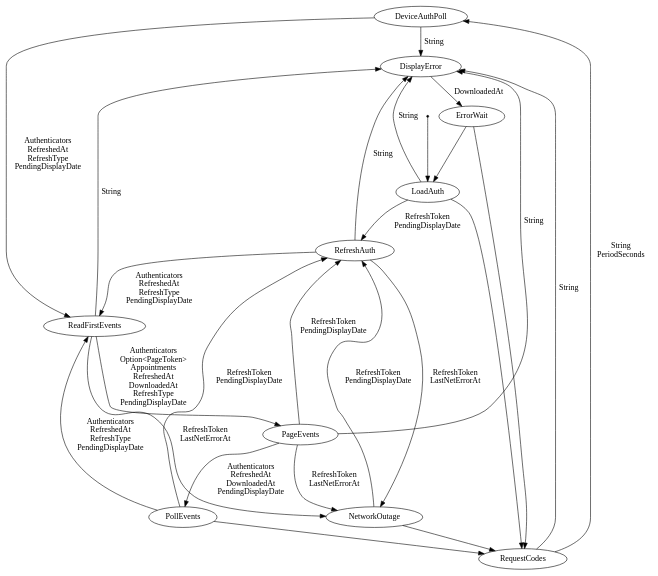
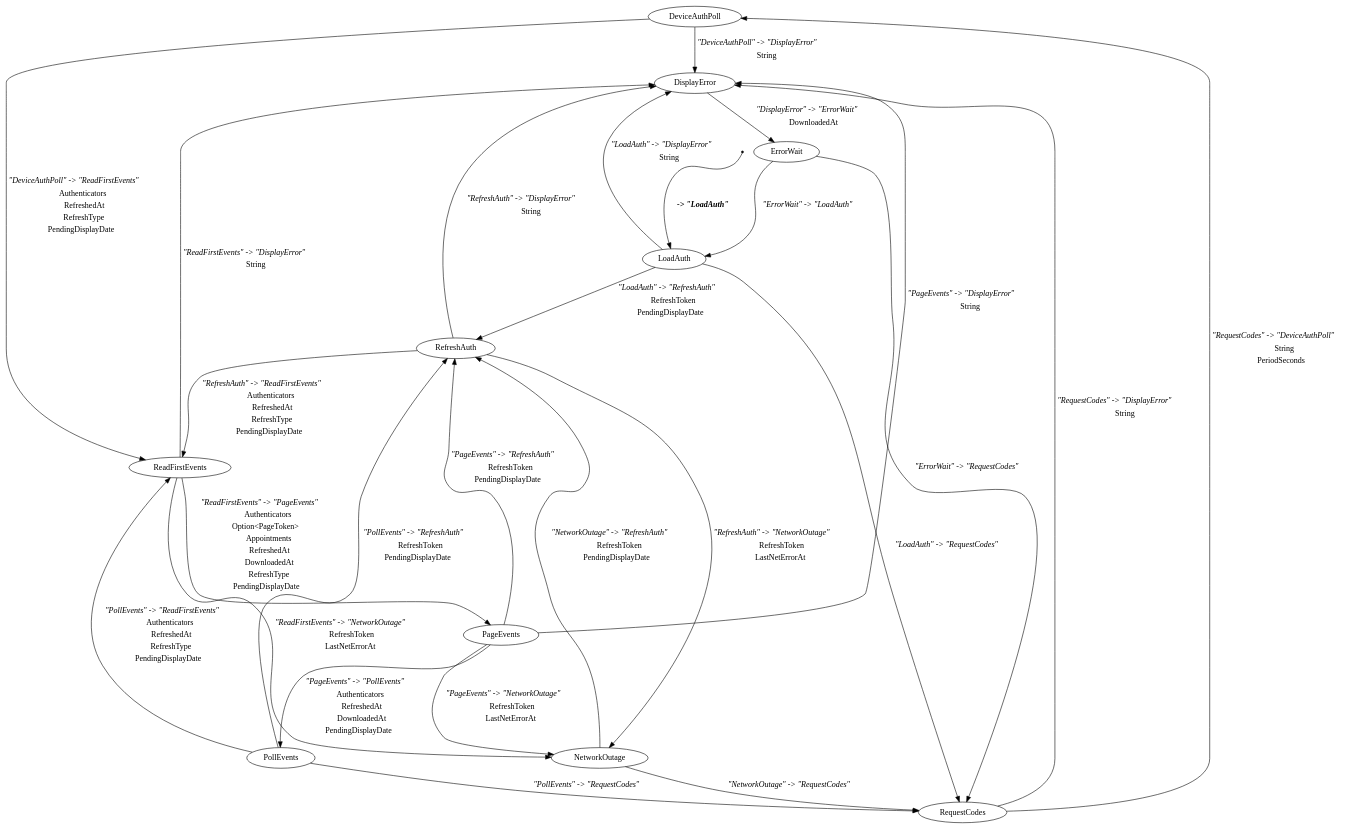
Before and after one commit to kieranjwhite/calendar_mirror: the diagram in docs/cal_machine.dot, drawn with Graphviz. The commit also changed 8 other files, not shown here.

```diff
--- a/docs/cal_machine.dot
+++ b/docs/cal_machine.dot
@@ -1,39 +1,39 @@
 digraph cal_stm {
     DeviceAuthPoll[label="DeviceAuthPoll"][shape="ellipse"];
     DisplayError[label="DisplayError"][shape="ellipse"];
     ErrorWait[label="ErrorWait"][shape="ellipse"];
     LoadAuth[label="LoadAuth"][shape="ellipse"];
     NetworkOutage[label="NetworkOutage"][shape="ellipse"];
     PageEvents[label="PageEvents"][shape="ellipse"];
     PollEvents[label="PollEvents"][shape="ellipse"];
     ReadFirstEvents[label="ReadFirstEvents"][shape="ellipse"];
     RefreshAuth[label="RefreshAuth"][shape="ellipse"];
     RequestCodes[label="RequestCodes"][shape="ellipse"];
     _start[label="_start"][shape="point"];
-    _start -> LoadAuth[label=""];
-    ErrorWait -> LoadAuth[label=""];
-    DisplayError -> ErrorWait[label="DownloadedAt\n"];
-    ErrorWait -> RequestCodes[label=""];
-    LoadAuth -> RequestCodes[label=""];
-    NetworkOutage -> RequestCodes[label=""];
-    PollEvents -> RequestCodes[label=""];
-    LoadAuth -> RefreshAuth[label="RefreshToken\nPendingDisplayDate\n"];
-    NetworkOutage -> RefreshAuth[label="RefreshToken\nPendingDisplayDate\n"];
-    PageEvents -> RefreshAuth[label="RefreshToken\nPendingDisplayDate\n"];
-    PollEvents -> RefreshAuth[label="RefreshToken\nPendingDisplayDate\n"];
-    DeviceAuthPoll -> ReadFirstEvents[label="Authenticators\nRefreshedAt\nRefreshType\nPendingDisplayDate\n"];
-    RefreshAuth -> ReadFirstEvents[label="Authenticators\nRefreshedAt\nRefreshType\nPendingDisplayDate\n"];
-    PollEvents -> ReadFirstEvents[label="Authenticators\nRefreshedAt\nRefreshType\nPendingDisplayDate\n"];
-    RequestCodes -> DeviceAuthPoll[label="String\nPeriodSeconds\n"];
-    LoadAuth -> DisplayError[label="String\n"];
-    PageEvents -> DisplayError[label="String\n"];
-    DeviceAuthPoll -> DisplayError[label="String\n"];
-    ReadFirstEvents -> DisplayError[label="String\n"];
-    RefreshAuth -> DisplayError[label="String\n"];
-    RequestCodes -> DisplayError[label="String\n"];
-    ReadFirstEvents -> PageEvents[label="Authenticators\nOption<PageToken>\nAppointments\nRefreshedAt\nDownloadedAt\nRefreshType\nPendingDisplayDate\n"];
-    PageEvents -> PollEvents[label="Authenticators\nRefreshedAt\nDownloadedAt\nPendingDisplayDate\n"];
-    RefreshAuth -> NetworkOutage[label="RefreshToken\nLastNetErrorAt\n"];
-    ReadFirstEvents -> NetworkOutage[label="RefreshToken\nLastNetErrorAt\n"];
-    PageEvents -> NetworkOutage[label="RefreshToken\nLastNetErrorAt\n"];
+    _start -> LoadAuth[label=<<TABLE BORDER="0"><TR><TD><B><I> -&gt; "LoadAuth"</I></B></TD></TR></TABLE>>];
+    ErrorWait -> LoadAuth[label=<<TABLE BORDER="0"><TR><TD><I>"ErrorWait" -&gt; "LoadAuth"</I></TD></TR></TABLE>>];
+    DisplayError -> ErrorWait[label=<<TABLE BORDER="0"><TR><TD><I>"DisplayError" -&gt; "ErrorWait"</I></TD></TR><TR><TD>DownloadedAt</TD></TR></TABLE>>];
+    ErrorWait -> RequestCodes[label=<<TABLE BORDER="0"><TR><TD><I>"ErrorWait" -&gt; "RequestCodes"</I></TD></TR></TABLE>>];
+    LoadAuth -> RequestCodes[label=<<TABLE BORDER="0"><TR><TD><I>"LoadAuth" -&gt; "RequestCodes"</I></TD></TR></TABLE>>];
+    NetworkOutage -> RequestCodes[label=<<TABLE BORDER="0"><TR><TD><I>"NetworkOutage" -&gt; "RequestCodes"</I></TD></TR></TABLE>>];
+    PollEvents -> RequestCodes[label=<<TABLE BORDER="0"><TR><TD><I>"PollEvents" -&gt; "RequestCodes"</I></TD></TR></TABLE>>];
+    LoadAuth -> RefreshAuth[label=<<TABLE BORDER="0"><TR><TD><I>"LoadAuth" -&gt; "RefreshAuth"</I></TD></TR><TR><TD>RefreshToken</TD></TR><TR><TD>PendingDisplayDate</TD></TR></TABLE>>];
+    NetworkOutage -> RefreshAuth[label=<<TABLE BORDER="0"><TR><TD><I>"NetworkOutage" -&gt; "RefreshAuth"</I></TD></TR><TR><TD>RefreshToken</TD></TR><TR><TD>PendingDisplayDate</TD></TR></TABLE>>];
+    PageEvents -> RefreshAuth[label=<<TABLE BORDER="0"><TR><TD><I>"PageEvents" -&gt; "RefreshAuth"</I></TD></TR><TR><TD>RefreshToken</TD></TR><TR><TD>PendingDisplayDate</TD></TR></TABLE>>];
+    PollEvents -> RefreshAuth[label=<<TABLE BORDER="0"><TR><TD><I>"PollEvents" -&gt; "RefreshAuth"</I></TD></TR><TR><TD>RefreshToken</TD></TR><TR><TD>PendingDisplayDate</TD></TR></TABLE>>];
+    DeviceAuthPoll -> ReadFirstEvents[label=<<TABLE BORDER="0"><TR><TD><I>"DeviceAuthPoll" -&gt; "ReadFirstEvents"</I></TD></TR><TR><TD>Authenticators</TD></TR><TR><TD>RefreshedAt</TD></TR><TR><TD>RefreshType</TD></TR><TR><TD>PendingDisplayDate</TD></TR></TABLE>>];
+    RefreshAuth -> ReadFirstEvents[label=<<TABLE BORDER="0"><TR><TD><I>"RefreshAuth" -&gt; "ReadFirstEvents"</I></TD></TR><TR><TD>Authenticators</TD></TR><TR><TD>RefreshedAt</TD></TR><TR><TD>RefreshType</TD></TR><TR><TD>PendingDisplayDate</TD></TR></TABLE>>];
+    PollEvents -> ReadFirstEvents[label=<<TABLE BORDER="0"><TR><TD><I>"PollEvents" -&gt; "ReadFirstEvents"</I></TD></TR><TR><TD>Authenticators</TD></TR><TR><TD>RefreshedAt</TD></TR><TR><TD>RefreshType</TD></TR><TR><TD>PendingDisplayDate</TD></TR></TABLE>>];
+    RequestCodes -> DeviceAuthPoll[label=<<TABLE BORDER="0"><TR><TD><I>"RequestCodes" -&gt; "DeviceAuthPoll"</I></TD></TR><TR><TD>String</TD></TR><TR><TD>PeriodSeconds</TD></TR></TABLE>>];
+    LoadAuth -> DisplayError[label=<<TABLE BORDER="0"><TR><TD><I>"LoadAuth" -&gt; "DisplayError"</I></TD></TR><TR><TD>String</TD></TR></TABLE>>];
+    PageEvents -> DisplayError[label=<<TABLE BORDER="0"><TR><TD><I>"PageEvents" -&gt; "DisplayError"</I></TD></TR><TR><TD>String</TD></TR></TABLE>>];
+    DeviceAuthPoll -> DisplayError[label=<<TABLE BORDER="0"><TR><TD><I>"DeviceAuthPoll" -&gt; "DisplayError"</I></TD></TR><TR><TD>String</TD></TR></TABLE>>];
+    ReadFirstEvents -> DisplayError[label=<<TABLE BORDER="0"><TR><TD><I>"ReadFirstEvents" -&gt; "DisplayError"</I></TD></TR><TR><TD>String</TD></TR></TABLE>>];
+    RefreshAuth -> DisplayError[label=<<TABLE BORDER="0"><TR><TD><I>"RefreshAuth" -&gt; "DisplayError"</I></TD></TR><TR><TD>String</TD></TR></TABLE>>];
+    RequestCodes -> DisplayError[label=<<TABLE BORDER="0"><TR><TD><I>"RequestCodes" -&gt; "DisplayError"</I></TD></TR><TR><TD>String</TD></TR></TABLE>>];
+    ReadFirstEvents -> PageEvents[label=<<TABLE BORDER="0"><TR><TD><I>"ReadFirstEvents" -&gt; "PageEvents"</I></TD></TR><TR><TD>Authenticators</TD></TR><TR><TD>Option&lt;PageToken&gt;</TD></TR><TR><TD>Appointments</TD></TR><TR><TD>RefreshedAt</TD></TR><TR><TD>DownloadedAt</TD></TR><TR><TD>RefreshType</TD></TR><TR><TD>PendingDisplayDate</TD></TR></TABLE>>];
+    PageEvents -> PollEvents[label=<<TABLE BORDER="0"><TR><TD><I>"PageEvents" -&gt; "PollEvents"</I></TD></TR><TR><TD>Authenticators</TD></TR><TR><TD>RefreshedAt</TD></TR><TR><TD>DownloadedAt</TD></TR><TR><TD>PendingDisplayDate</TD></TR></TABLE>>];
+    RefreshAuth -> NetworkOutage[label=<<TABLE BORDER="0"><TR><TD><I>"RefreshAuth" -&gt; "NetworkOutage"</I></TD></TR><TR><TD>RefreshToken</TD></TR><TR><TD>LastNetErrorAt</TD></TR></TABLE>>];
+    ReadFirstEvents -> NetworkOutage[label=<<TABLE BORDER="0"><TR><TD><I>"ReadFirstEvents" -&gt; "NetworkOutage"</I></TD></TR><TR><TD>RefreshToken</TD></TR><TR><TD>LastNetErrorAt</TD></TR></TABLE>>];
+    PageEvents -> NetworkOutage[label=<<TABLE BORDER="0"><TR><TD><I>"PageEvents" -&gt; "NetworkOutage"</I></TD></TR><TR><TD>RefreshToken</TD></TR><TR><TD>LastNetErrorAt</TD></TR></TABLE>>];
 }
```
